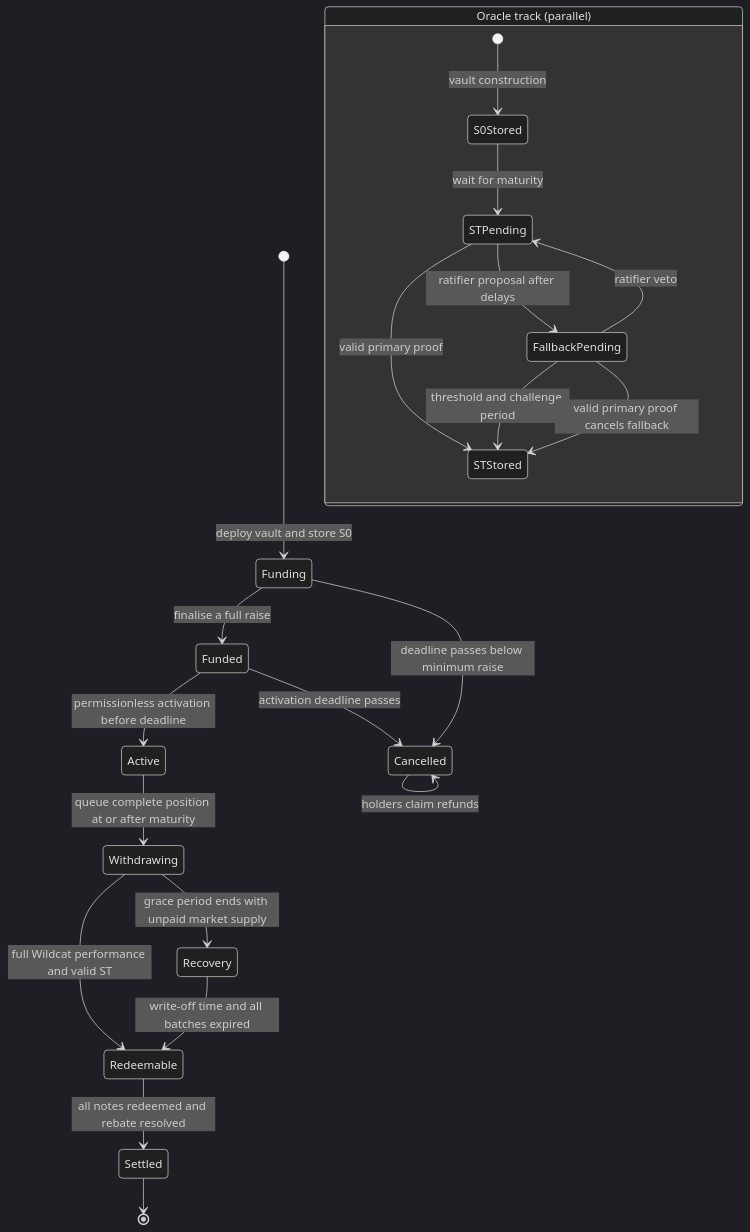
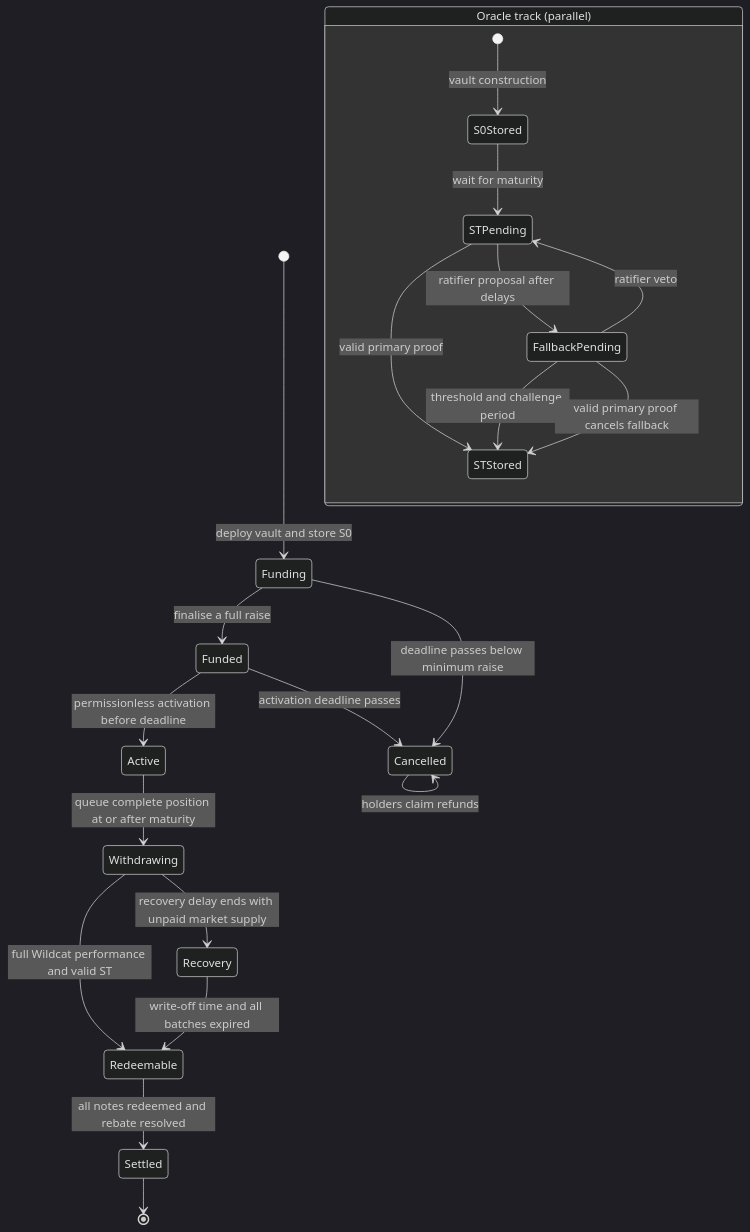
One commit to laurenceday/brc-research changed the diagram in docs/review-packet.md. Above: the diagram before and after it, drawn with Mermaid (dark theme). The commit also changed other lines of this file and 23 other files, not shown here.

````diff
--- a/docs/review-packet.md
+++ b/docs/review-packet.md
@@ -73,25 +75,25 @@
 ```mermaid
 stateDiagram-v2
   [*] --> Funding: deploy vault and store S0
   Funding --> Funded: finalise a full raise
   Funding --> Cancelled: deadline passes below minimum raise
   Funded --> Active: permissionless activation before deadline
   Funded --> Cancelled: activation deadline passes
   Active --> Withdrawing: queue complete position at or after maturity
   Withdrawing --> Redeemable: full Wildcat performance and valid ST
-  Withdrawing --> Recovery: grace period ends with unpaid market supply
+  Withdrawing --> Recovery: recovery delay ends with unpaid market supply
   Recovery --> Redeemable: write-off time and all batches expired
   Redeemable --> Settled: all notes redeemed and rebate resolved
   Cancelled --> Cancelled: holders claim refunds
   Settled --> [*]
 
   state "Oracle track (parallel)" as Oracle {
     [*] --> S0Stored: vault construction
     S0Stored --> STPending: wait for maturity
     STPending --> STStored: valid primary proof
     STPending --> FallbackPending: ratifier proposal after delays
     FallbackPending --> STPending: ratifier veto
     FallbackPending --> STStored: threshold and challenge period
     FallbackPending --> STStored: valid primary proof cancels fallback
   }
 ```
````
